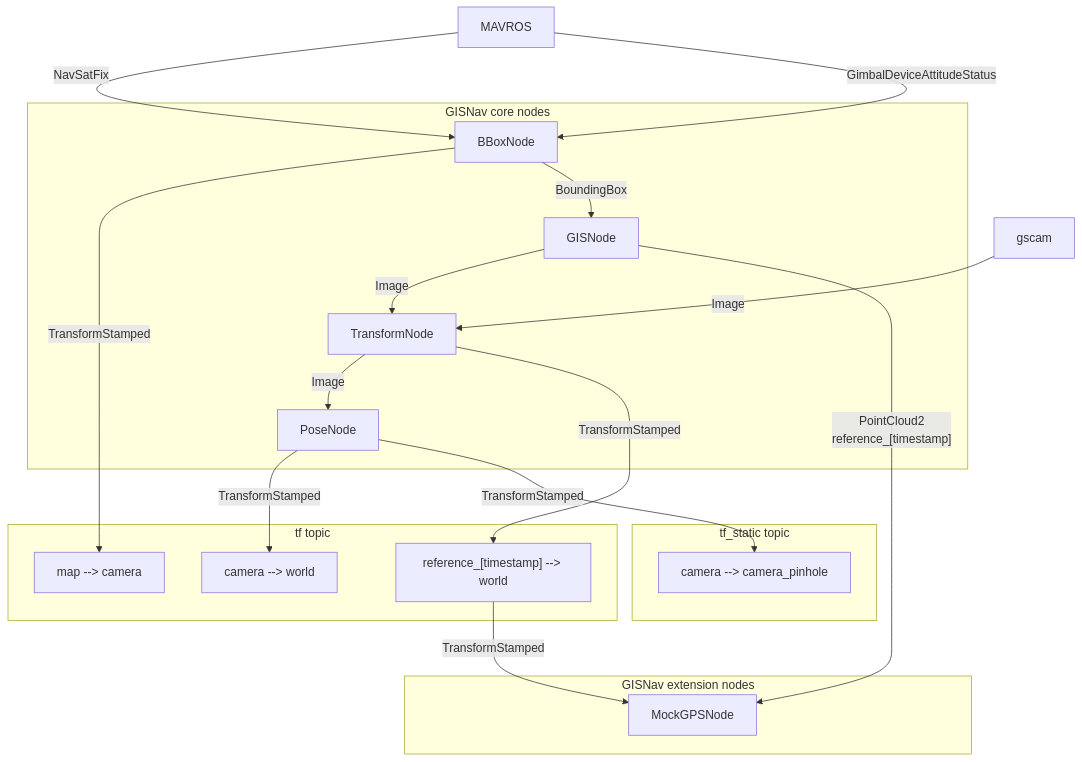
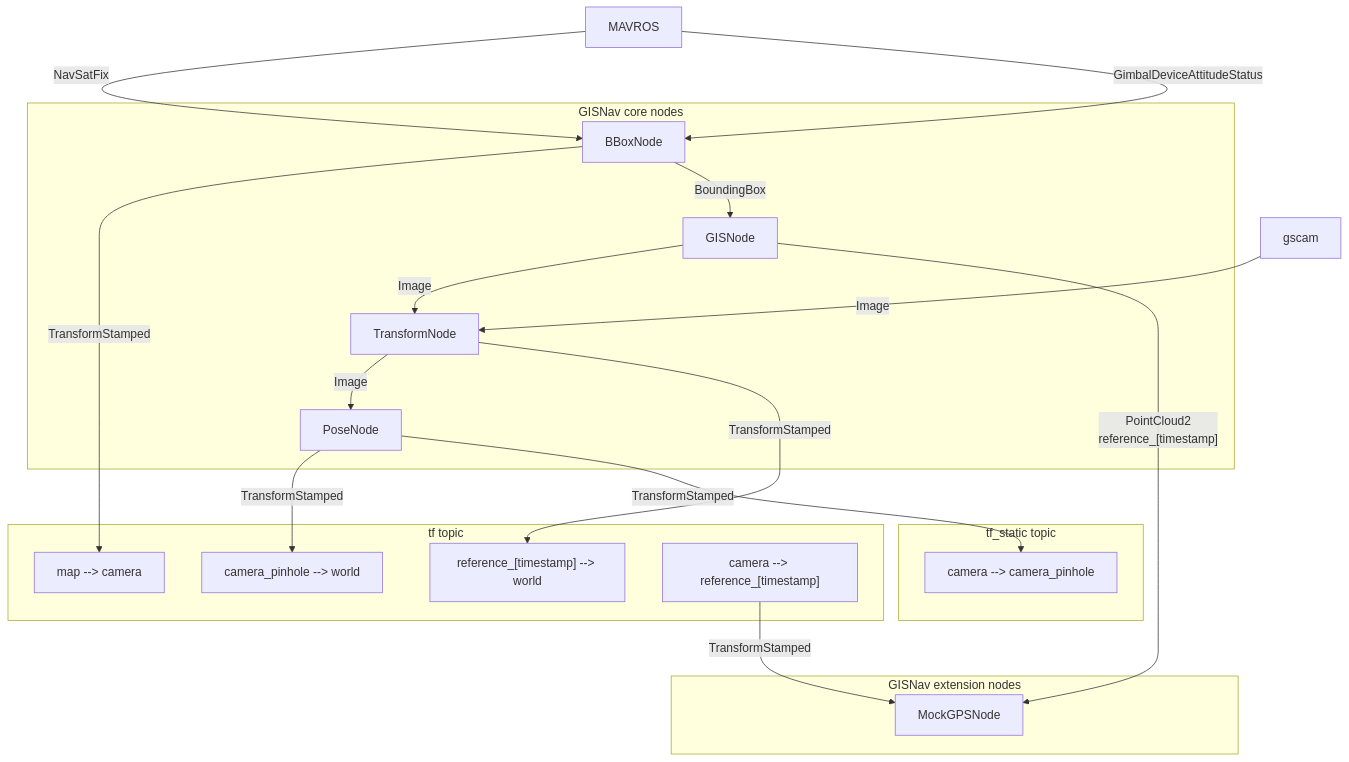
One commit to hmakelin/gisnav changed the diagram in docs/pages/developer_guide/integration/ros_messaging.rst. Above: the diagram before and after it, drawn with Mermaid. The commit also changed other lines of this file, not shown here.

Commit message:
Update ROS topography diagram and related TODO

```diff
--- a/docs/pages/developer_guide/integration/ros_messaging.rst
+++ b/docs/pages/developer_guide/integration/ros_messaging.rst
@@ -47,35 +47,36 @@
 .. mermaid::
 
     graph TB
         MAVROS -->|"NavSatFix"| BBoxNode
         MAVROS -->|"GimbalDeviceAttitudeStatus"| BBoxNode
         BBoxNode -->|"TransformStamped"| map_to_camera
 
         subgraph core["GISNav core nodes"]
             BBoxNode -->|"BoundingBox"| GISNode
             GISNode -->|"Image"| TransformNode
             TransformNode -->|"Image"| PoseNode
         end
 
         subgraph tf["tf topic"]
             map_to_camera["map --> camera"]
             reference_to_world["reference_[timestamp] --> world"]
-            camera_to_world["camera --> world"]
+            camera_pinhole_to_world["camera_pinhole --> world"]
+            camera_to_reference["camera --> reference_[timestamp]"]
         end
 
         subgraph tf_static["tf_static topic"]
             camera_to_camera_pinhole["camera --> camera_pinhole"]
         end
 
         subgraph extension["GISNav extension nodes"]
             MockGPSNode["MockGPSNode"]
         end
 
         gscam -->|"Image"| TransformNode
         GISNode -->|"PointCloud2\nreference_[timestamp]"| MockGPSNode
 
         TransformNode -->|"TransformStamped"| reference_to_world
-        PoseNode -->|"TransformStamped"| camera_to_world
+        PoseNode -->|"TransformStamped"| camera_pinhole_to_world
         PoseNode -->|"TransformStamped"| camera_to_camera_pinhole
 
-        reference_to_world -->|"TransformStamped"| MockGPSNode
+        camera_to_reference -->|"TransformStamped"| MockGPSNode
```
